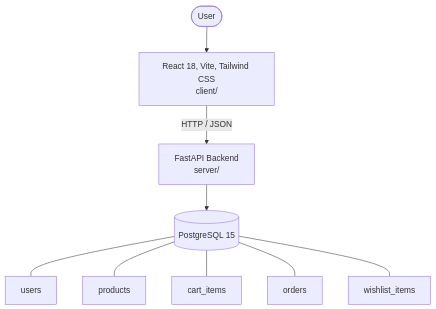
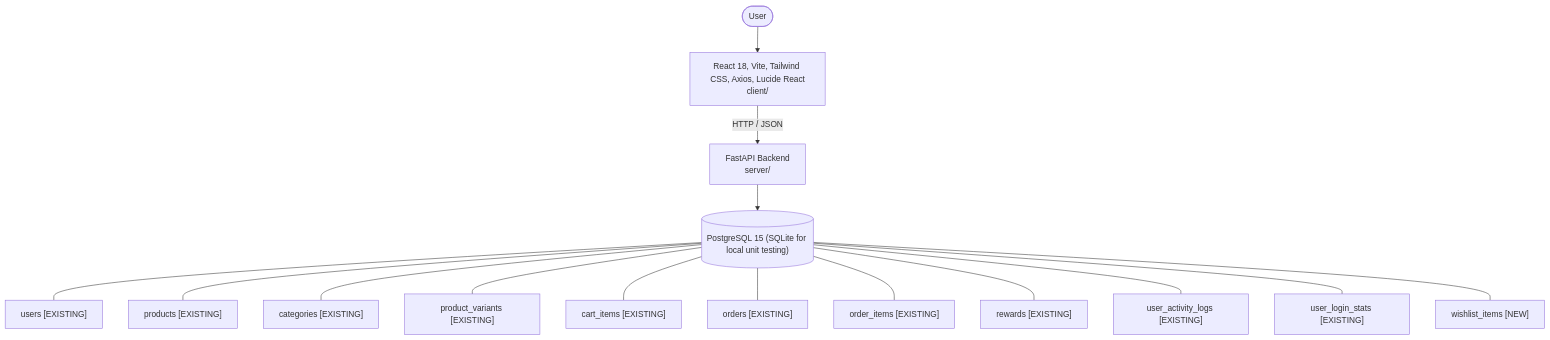
Before and after one commit to p67428378-afk/SCRUM: the diagram in architecture.md, drawn with Mermaid. The commit also changed other lines of this file and 12 other files, not shown here.

Commit message:
feat(SCRUM-91): implement Wishlist & Rewards API routers, database models, and loyalty checkout points

````diff
--- a/architecture.md
+++ b/architecture.md
@@ -6,15 +6,21 @@
 ```mermaid
 graph TD
   User([User])
-  UI["React 18, Vite, Tailwind CSS<br/>client/"]
+  UI["React 18, Vite, Tailwind CSS, Axios, Lucide React<br/>client/"]
   API["FastAPI Backend<br/>server/"]
-  DB[("PostgreSQL 15")]
+  DB[("PostgreSQL 15 (SQLite for local unit testing)")]
   User --> UI
   UI -->|HTTP / JSON| API
   API --> DB
-  DB --- tbl_users["users"]
-  DB --- tbl_products["products"]
-  DB --- tbl_cart_items["cart_items"]
-  DB --- tbl_orders["orders"]
-  DB --- tbl_wishlist_items["wishlist_items"]
+  DB --- tbl_users__EXISTING_["users [EXISTING]"]
+  DB --- tbl_products__EXISTING_["products [EXISTING]"]
+  DB --- tbl_categories__EXISTING_["categories [EXISTING]"]
+  DB --- tbl_product_variants__EXISTING_["product_variants [EXISTING]"]
+  DB --- tbl_cart_items__EXISTING_["cart_items [EXISTING]"]
+  DB --- tbl_orders__EXISTING_["orders [EXISTING]"]
+  DB --- tbl_order_items__EXISTING_["order_items [EXISTING]"]
+  DB --- tbl_rewards__EXISTING_["rewards [EXISTING]"]
+  DB --- tbl_user_activity_logs__EXISTING_["user_activity_logs [EXISTING]"]
+  DB --- tbl_user_login_stats__EXISTING_["user_login_stats [EXISTING]"]
+  DB --- tbl_wishlist_items__NEW_["wishlist_items [NEW]"]
 ```
````
